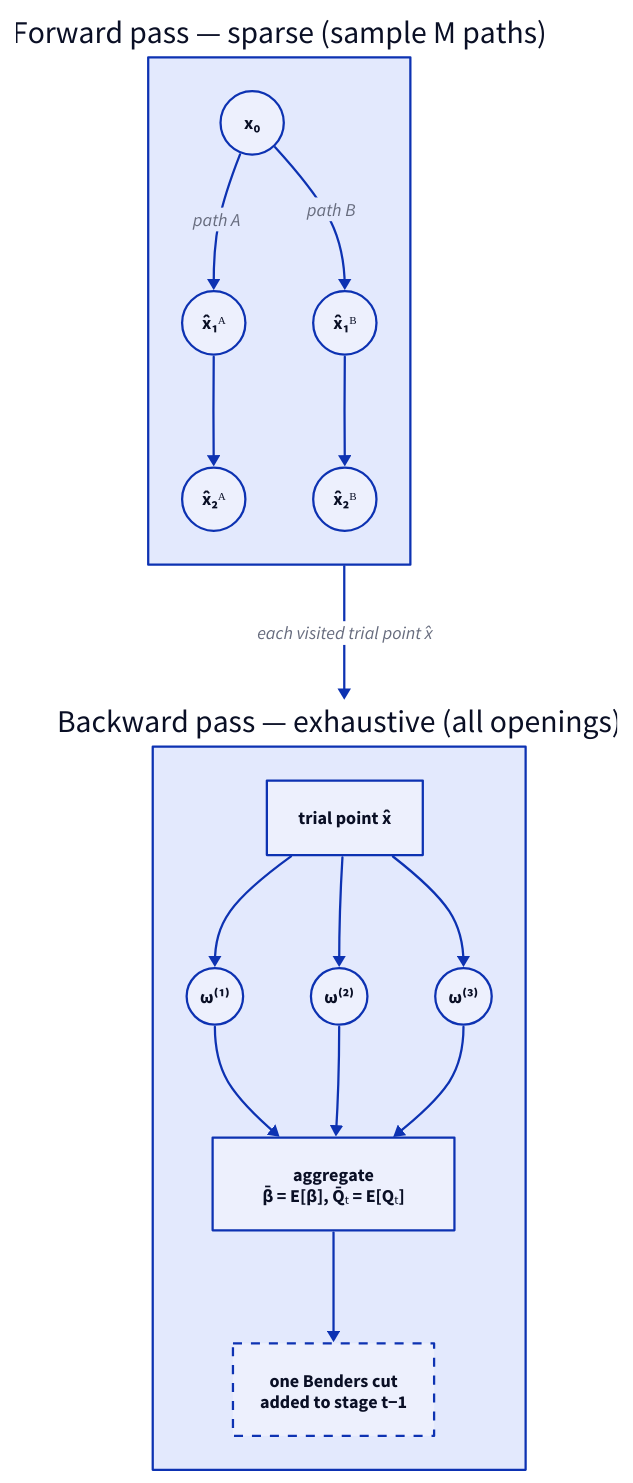
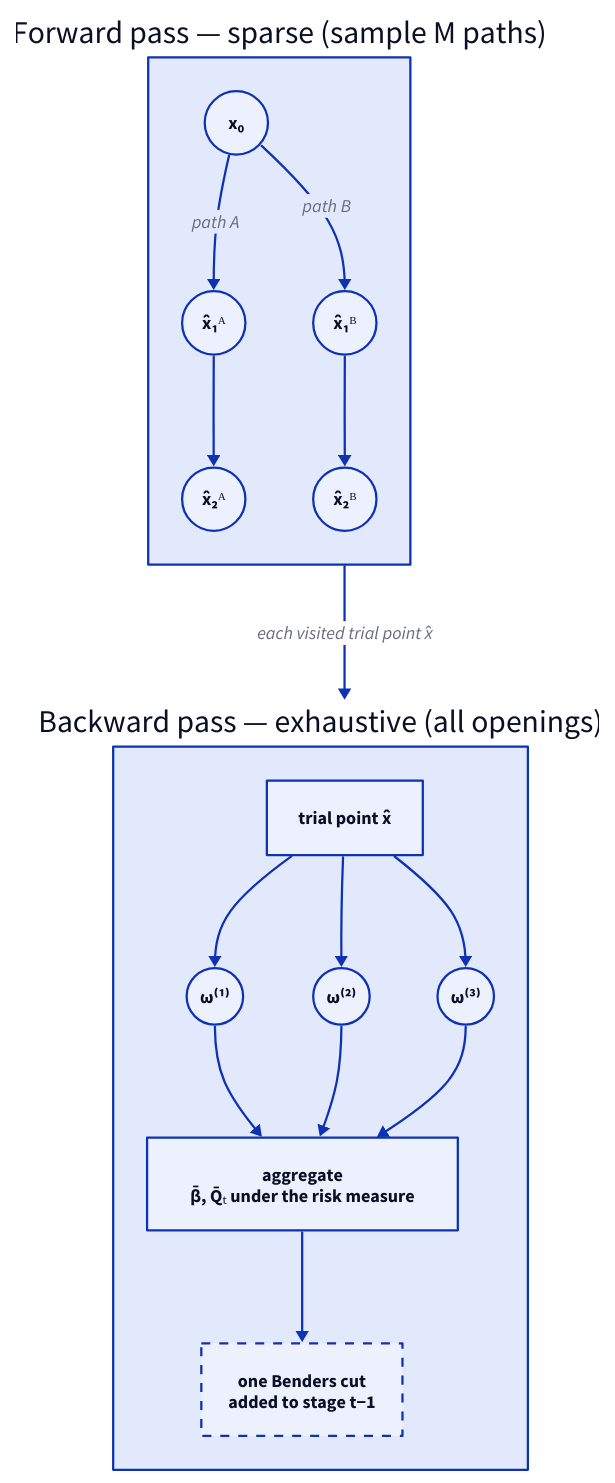
The second of 2 diagrams in src/content/docs/math/sddp-algorithm.mdx (cobre-rs/cobre-docs), drawn with D2 before and after one commit. The commit also changed other lines of this file and 125 other files, not shown here.

````diff
--- a/src/content/docs/math/sddp-algorithm.mdx
+++ b/src/content/docs/math/sddp-algorithm.mdx
@@ -123,44 +137,44 @@
 ```d2
 direction: down
 
 classes: {
   st: {shape: circle; width: 56; height: 56}
   op: {shape: circle; width: 50; height: 50}
 }
 
 forward: "Forward pass — sparse (sample M paths)" {
   direction: right
 
   x0: "x₀" {class: st}
   a1: "x̂₁ᴬ" {class: st}
   a2: "x̂₂ᴬ" {class: st}
   b1: "x̂₁ᴮ" {class: st}
   b2: "x̂₂ᴮ" {class: st}
 
   x0 -> a1: "path A"
   a1 -> a2
   x0 -> b1: "path B"
   b1 -> b2
 }
 
 backward: "Backward pass — exhaustive (all openings)" {
   direction: down
 
   trial: "trial point x̂"
   o1: "ω⁽¹⁾" {class: op}
   o2: "ω⁽²⁾" {class: op}
   o3: "ω⁽³⁾" {class: op}
-  agg: "aggregate\nβ̄ = E[β],  Q̄ₜ = E[Qₜ]"
+  agg: "aggregate\nβ̄, Q̄ₜ under the risk measure"
   cut: "one Benders cut\nadded to stage t−1" {style.stroke-dash: 4}
 
   trial -> o1
   trial -> o2
   trial -> o3
   o1 -> agg
   o2 -> agg
   o3 -> agg
   agg -> cut
 }
 
 forward -> backward: "each visited trial point x̂"
 ```
````
